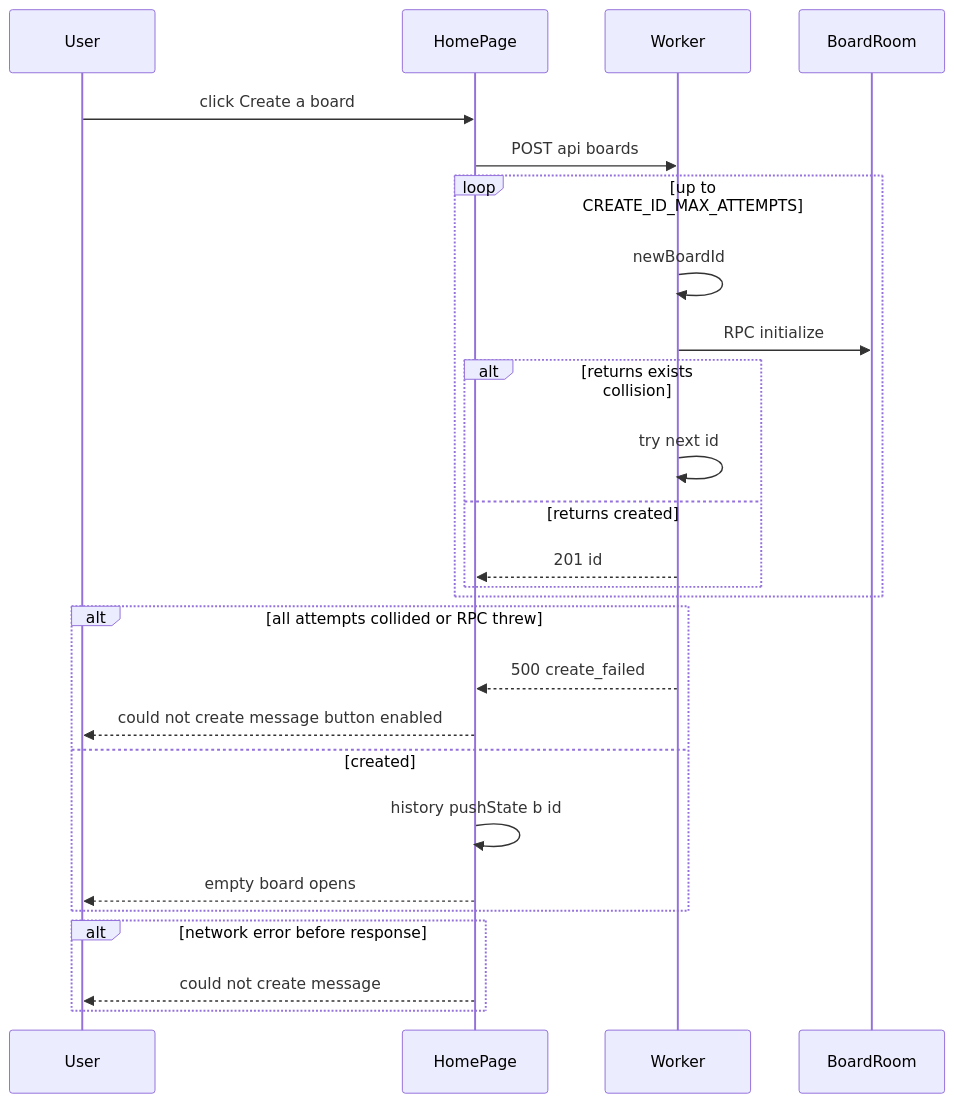
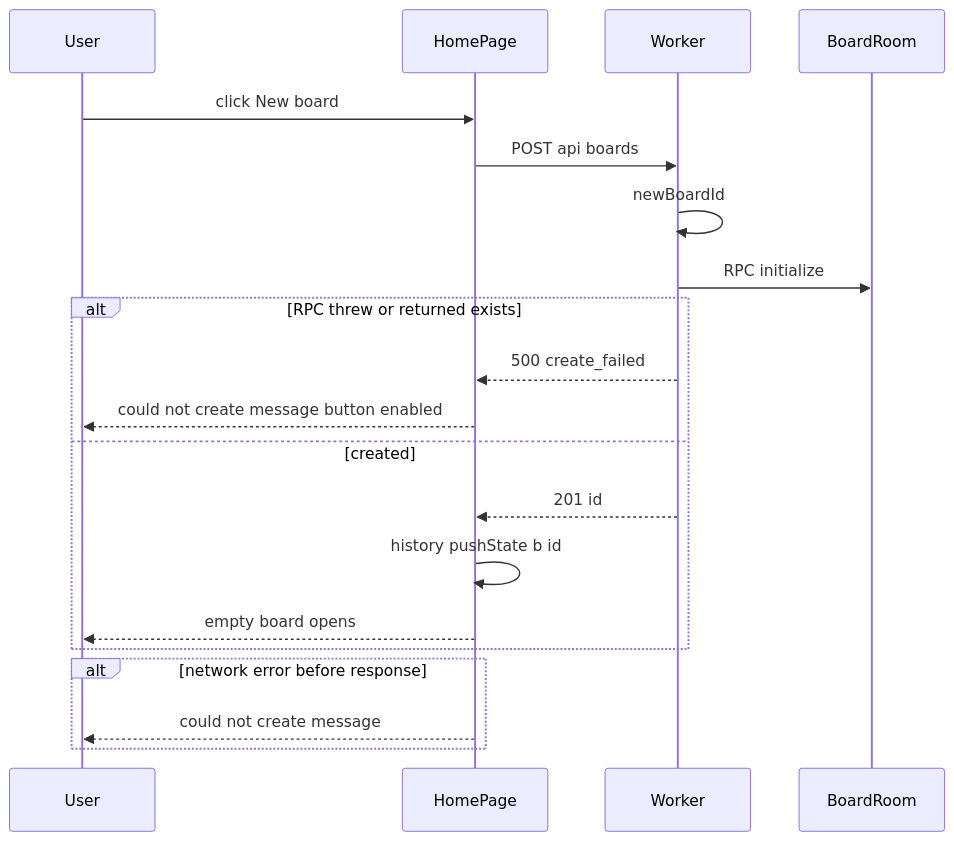
Before and after one commit to boxabirds/awesome-local-ai: the sixth of 8 diagrams in benchmarks/vidi/spec/stories/005-share-a-board-with-others-using-a-link/design.md, drawn with Mermaid. The commit also changed other lines of this file and 69 other files, not shown here.

````diff
--- a/benchmarks/vidi/spec/stories/005-share-a-board-with-others-using-a-link/design.md
+++ b/benchmarks/vidi/spec/stories/005-share-a-board-with-others-using-a-link/design.md
@@ -121,28 +120,22 @@
 ```mermaid
 sequenceDiagram
     participant U as User
     participant H as HomePage
     participant W as Worker
     participant R as BoardRoom
-    U->>H: click Create a board
+    U->>H: click New board
     H->>W: POST api boards
-    loop up to CREATE_ID_MAX_ATTEMPTS
-        W->>W: newBoardId
-        W->>R: RPC initialize
-        alt returns exists collision
-            W->>W: try next id
-        else returns created
-            W-->>H: 201 id
-        end
-    end
-    alt all attempts collided or RPC threw
+    W->>W: newBoardId
+    W->>R: RPC initialize
+    alt RPC threw or returned exists
         W-->>H: 500 create_failed
         H-->>U: could not create message button enabled
     else created
+        W-->>H: 201 id
         H->>H: history pushState b id
         H-->>U: empty board opens
     end
     alt network error before response
         H-->>U: could not create message
     end
 ```
````
